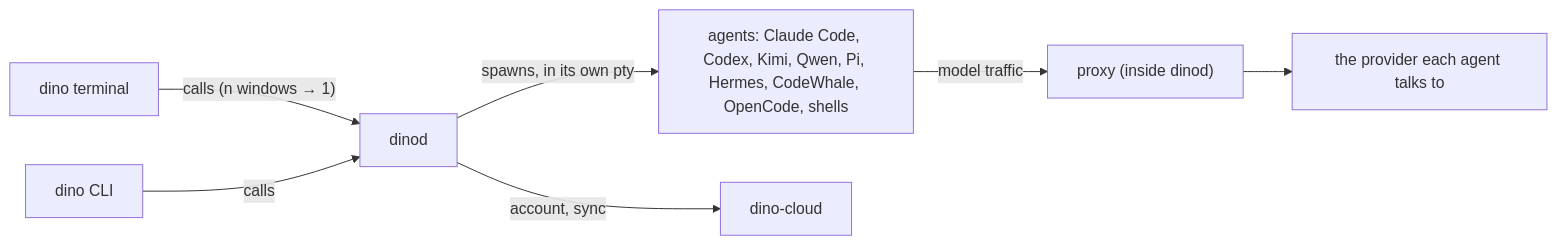
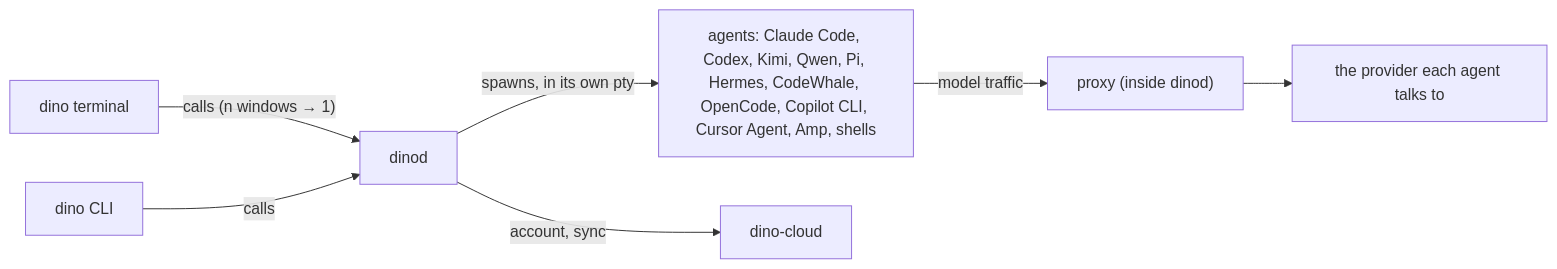
Before and after one commit to eddyflores100-lang/dino: the diagram in ARCHITECTURE.md, drawn with Mermaid. The commit also changed other lines of this file and 15 other files, not shown here.

Commit message:
Found agents continue from where their process runs, Pi is found by its title, another dinod's agents aren't On this Mac

````diff
--- a/ARCHITECTURE.md
+++ b/ARCHITECTURE.md
@@ -33,9 +33,9 @@
 ```mermaid
 flowchart LR
   T["dino terminal"] -- "calls (n windows → 1)" --> D["dinod"]
   CLI["dino CLI"] -- "calls" --> D
-  D -- "spawns, in its own pty" --> A["agents: Claude Code, Codex, Kimi, Qwen, Pi, Hermes, CodeWhale, OpenCode, shells"]
+  D -- "spawns, in its own pty" --> A["agents: Claude Code, Codex, Kimi, Qwen, Pi, Hermes, CodeWhale, OpenCode, Copilot CLI, Cursor Agent, Amp, shells"]
   A -- "model traffic" --> P["proxy (inside dinod)"]
   P --> M["the provider each agent talks to"]
   D -- "account, sync" --> C["dino-cloud"]
 ```
````
